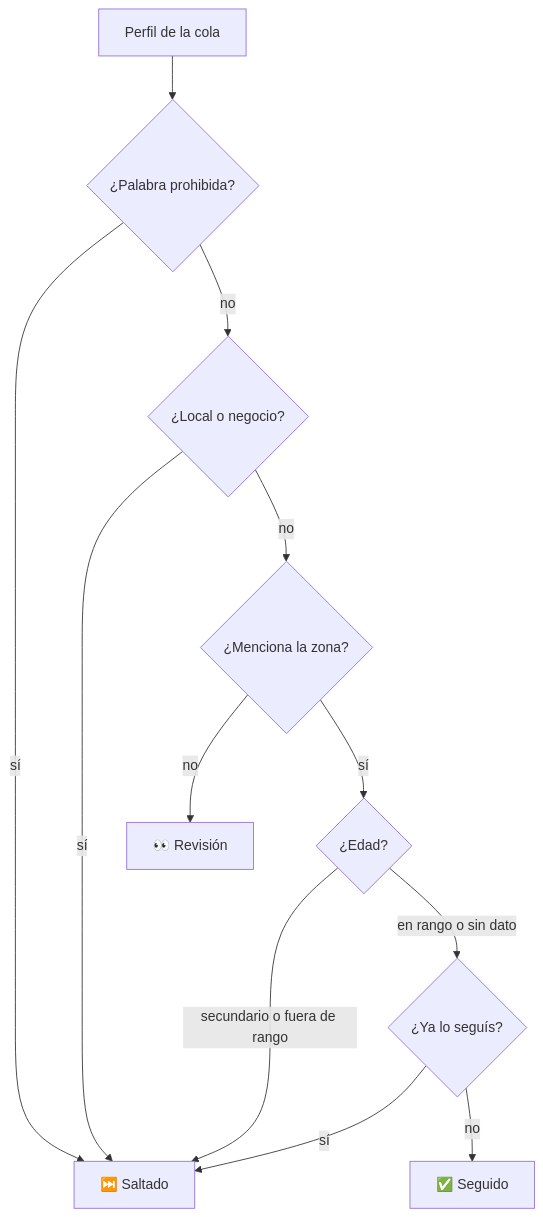
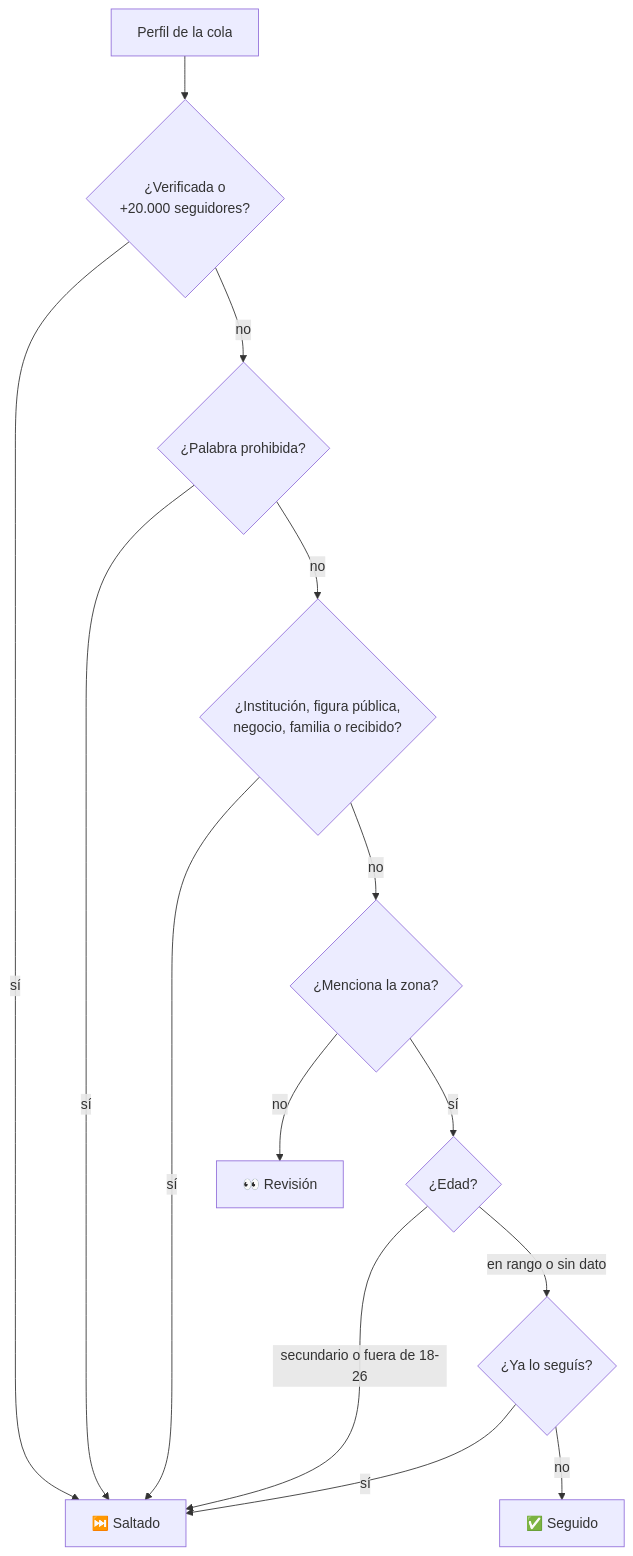
One commit to JoacoMo/extension-autofollow-instagram changed the diagram in README.md. Above: the diagram before and after it, drawn with Mermaid. The commit also changed other lines of this file and 5 other files, not shown here.

````diff
--- a/README.md
+++ b/README.md
@@ -25,14 +26,16 @@
 ```mermaid
 flowchart TD
-    A[Perfil de la cola] --> B{¿Palabra prohibida?}
-    B -- sí --> S[⏭️ Saltado]
-    B -- no --> C{¿Local o negocio?}
+    A[Perfil de la cola] --> V{¿Verificada o<br>+20.000 seguidores?}
+    V -- sí --> S[⏭️ Saltado]
+    V -- no --> B{¿Palabra prohibida?}
+    B -- sí --> S
+    B -- no --> C{¿Institución, figura pública,<br>negocio, familia o recibido?}
     C -- sí --> S
     C -- no --> D{¿Menciona la zona?}
     D -- no --> R[👀 Revisión]
     D -- sí --> E{¿Edad?}
-    E -- secundario o fuera de rango --> S
+    E -- secundario o fuera de 18-26 --> S
     E -- en rango o sin dato --> F{¿Ya lo seguís?}
     F -- sí --> S
     F -- no --> G[✅ Seguido]
 ```
````
